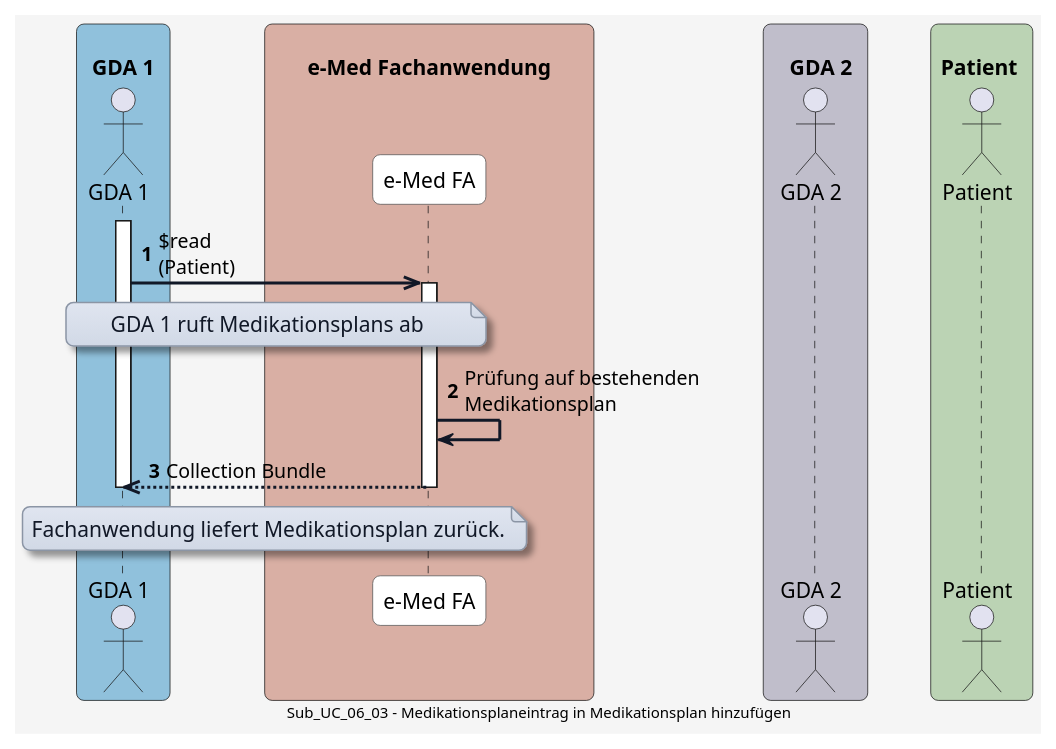
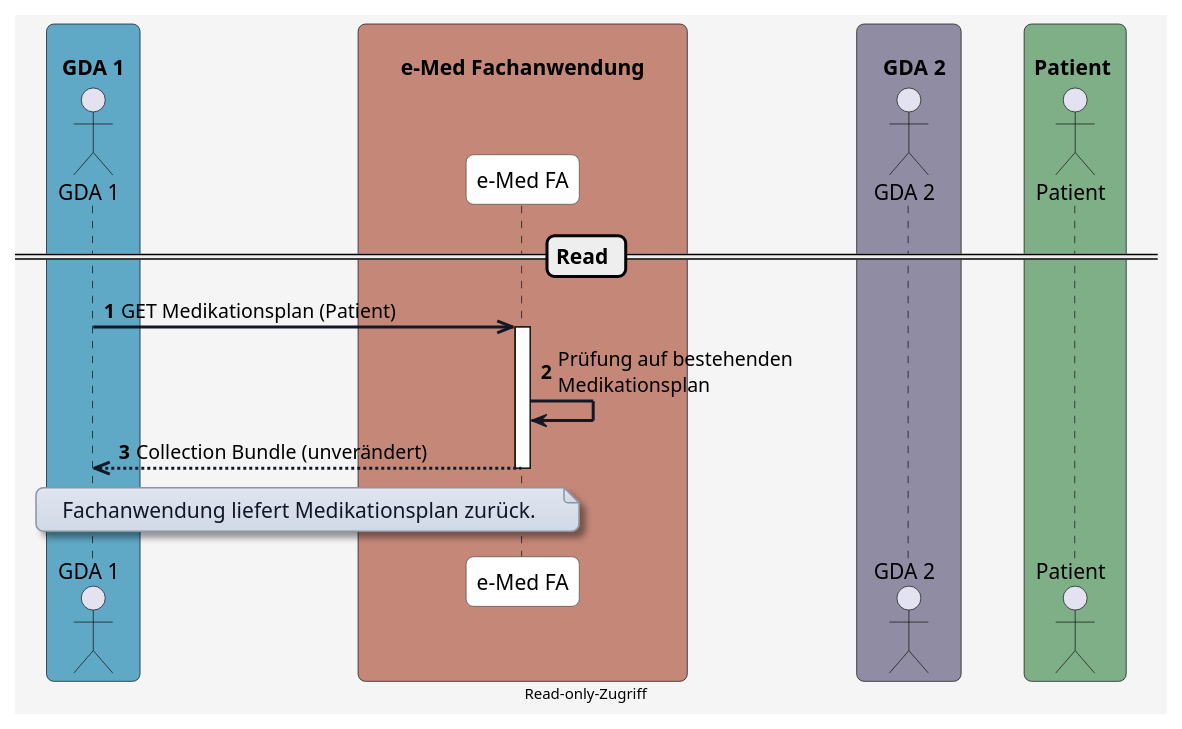
Before and after one commit to HL7Austria/ELGA-e-Medikation-R4: the diagram in input/images-source/diagram_read.plantuml, drawn with PlantUML. The commit also changed 6 other files, not shown here.

Commit message:
Adapt diagram

```diff
--- a/input/images-source/diagram_read.plantuml
+++ b/input/images-source/diagram_read.plantuml
@@ -1,84 +1,78 @@
 @startuml
 skinparam borderColor #000000
 skinparam backgroundColor #f5f5f5
 skinparam shadowing false
 skinparam roundCorner 10
 skinparam defaultFontName "Arial"
 skinparam defaultFontSize 14
 skinparam defaultFontColor #000000
 
 skinparam note {
   BackgroundColor #e0e5f0-#d1d9e6
   BorderColor #8b95a5
   BorderThickness 1
   RoundCorner 8
   Padding 6
   FontColor #111827
   Shadowing true
 }
 
 skinparam HyperlinkColor #0000EE
 skinparam HyperlinkUnderline false
 
 skinparam sequence {
   ParticipantBorderColor #555555
   ParticipantBackgroundColor #ffffff
   ParticipantFontColor #000000
   ParticipantFontSize 14
   ParticipantPadding 20
   ArrowColor #111827
   ArrowThickness 2
   ArrowFontColor #000000
   ArrowFontSize 13
   GroupBorderColor #111827
   GroupBackgroundColor #f3f4f6
   GroupBorderThickness 1
 }
 
 skinparam BoxPadding 20
 skinparam BoxBorderColor #555555
 
-box "\n  GDA 1  " #90C1DC
+box "\n  GDA 1  " #5FA8C6
   actor GDA_1 as "GDA 1"
 end box
 
-box "\n       e-Med Fachanwendung       " #D9AFA4
+box "\n       e-Med Fachanwendung       " #C48778
   participant eMed_FA as "e-Med FA"
 end box
 
-box "\n    GDA 2  " #C0BECB
+box "\n    GDA 2  " #8F8CA3
   actor GDA_2 as "GDA 2"
 end box
 
-box "\n Patient  " #BBD3B4
+box "\n Patient  " #7FAF87
   actor Patient as "Patient"
 end box
 
 autonumber
 
+== Read ==
 
-activate GDA_1
-
-GDA_1 ->> eMed_FA: $read\n(Patient)
-note over GDA_1, eMed_FA
-GDA 1 ruft Medikationsplans ab
-end note
+GDA_1 ->> eMed_FA: GET Medikationsplan (Patient)
 
 activate eMed_FA
 eMed_FA -> eMed_FA: Prüfung auf bestehenden\nMedikationsplan
 
-eMed_FA -->> GDA_1: Collection Bundle
+eMed_FA -->> GDA_1: Collection Bundle (unverändert)
 
 deactivate eMed_FA
 
 note over GDA_1, eMed_FA
 Fachanwendung liefert Medikationsplan zurück.
 end note
 
 deactivate eMed_FA
 
-deactivate GDA_1
-
-center footer Sub_UC_06_03 - Medikationsplaneintrag in Medikationsplan hinzufügen
+center footer Read-only-Zugriff
 
 @enduml
```
